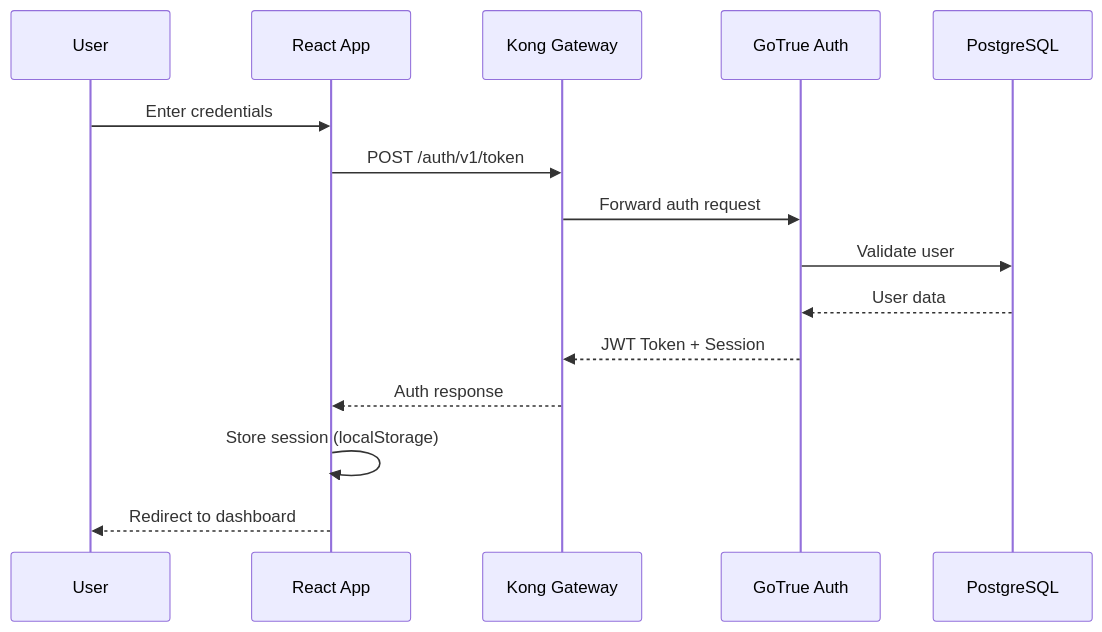
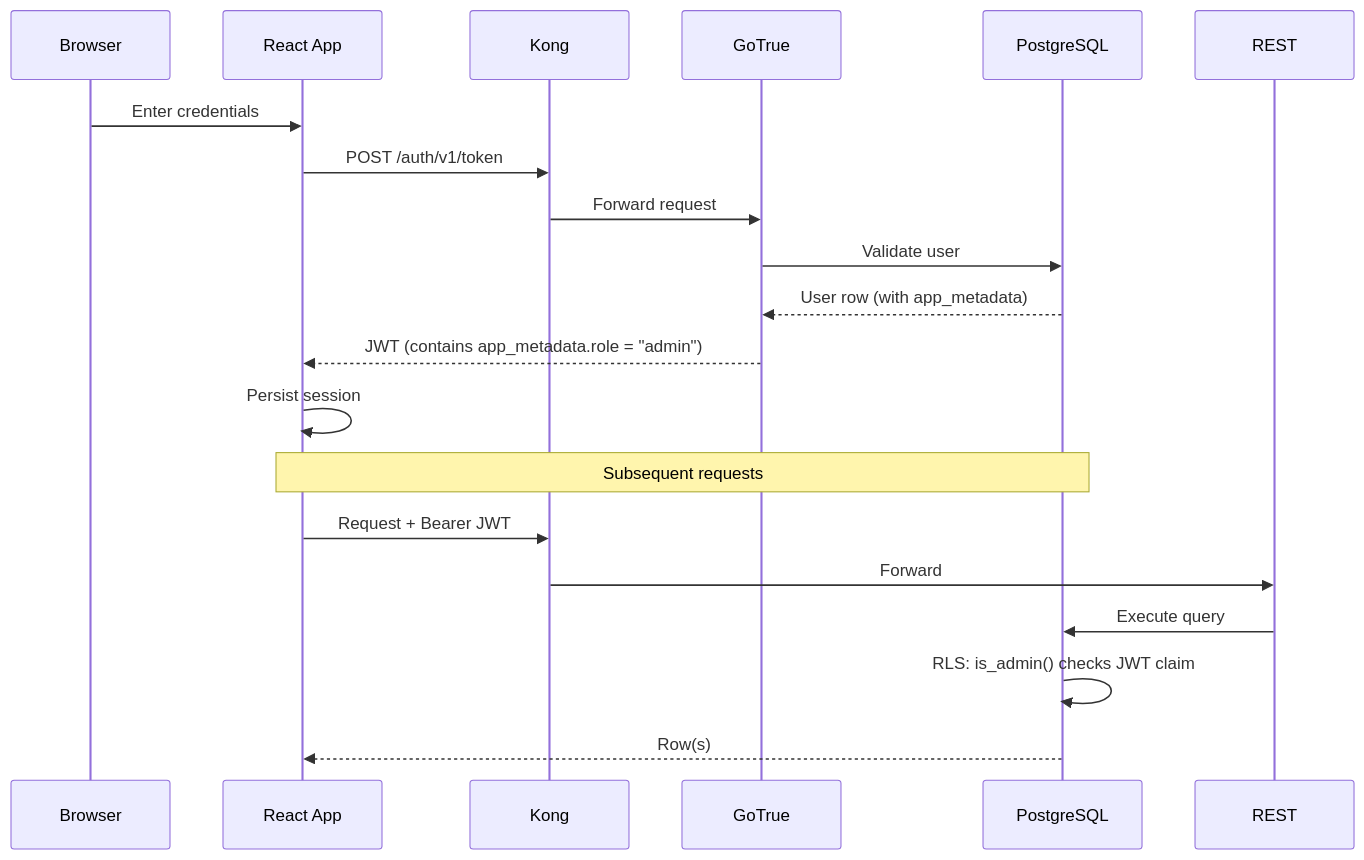
One commit to K-Schmitt/HenrardVisuals changed the second of 4 diagrams in docs/ARCHITECTURE.md. Above: the diagram before and after it, drawn with Mermaid. The commit also changed other lines of this file and 16 other files, not shown here.

````diff
--- a/docs/ARCHITECTURE.md
+++ b/docs/ARCHITECTURE.md
@@ -71,18 +62,23 @@
 ```mermaid
 sequenceDiagram
-    participant U as User
+    participant U as Browser
     participant A as React App
-    participant K as Kong Gateway
-    participant G as GoTrue Auth
+    participant K as Kong
+    participant G as GoTrue
     participant D as PostgreSQL
 
     U->>A: Enter credentials
     A->>K: POST /auth/v1/token
-    K->>G: Forward auth request
+    K->>G: Forward request
     G->>D: Validate user
-    D-->>G: User data
-    G-->>K: JWT Token + Session
-    K-->>A: Auth response
-    A->>A: Store session (localStorage)
-    A-->>U: Redirect to dashboard
+    D-->>G: User row (with app_metadata)
+    G-->>A: JWT (contains app_metadata.role = "admin")
+    A->>A: Persist session
+
+    Note over A,D: Subsequent requests
+    A->>K: Request + Bearer JWT
+    K->>REST: Forward
+    REST->>D: Execute query
+    D->>D: RLS: is_admin() checks JWT claim
+    D-->>A: Row(s)
 ```
````
